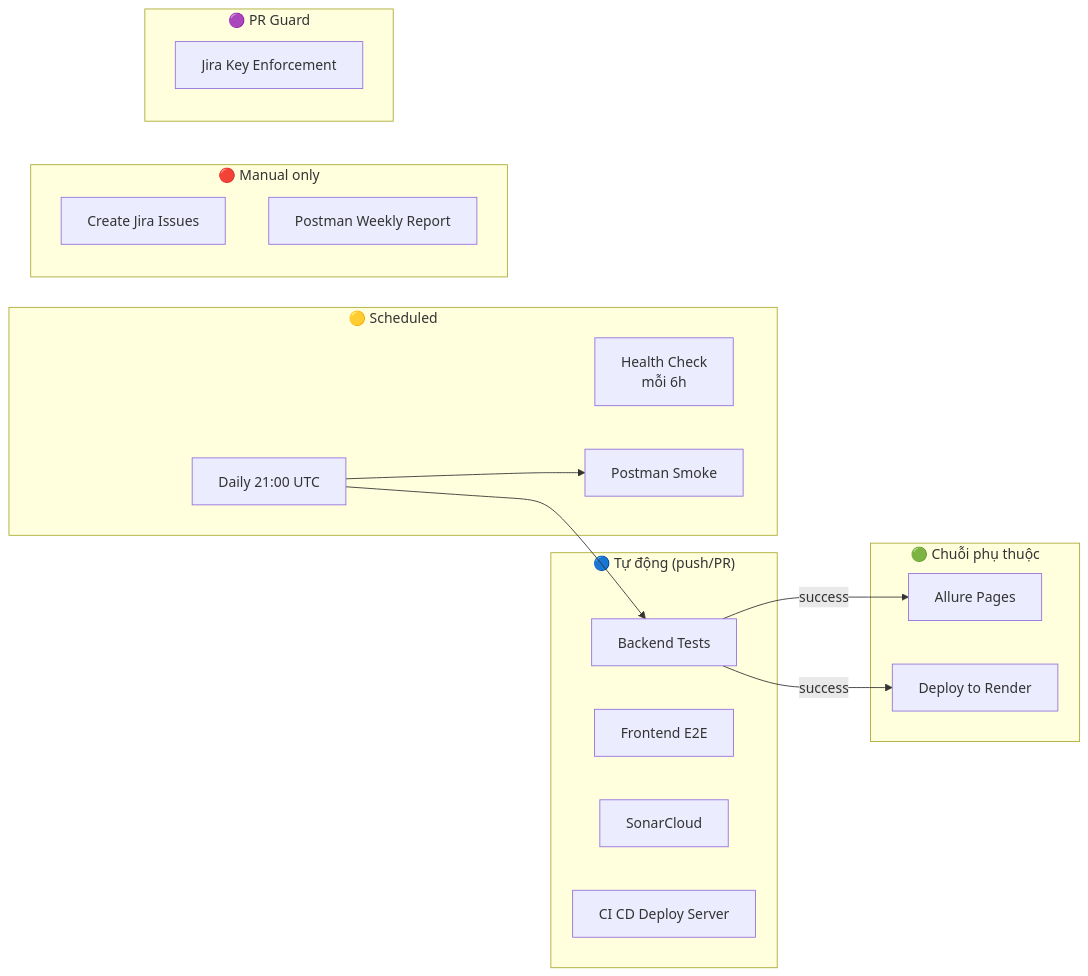
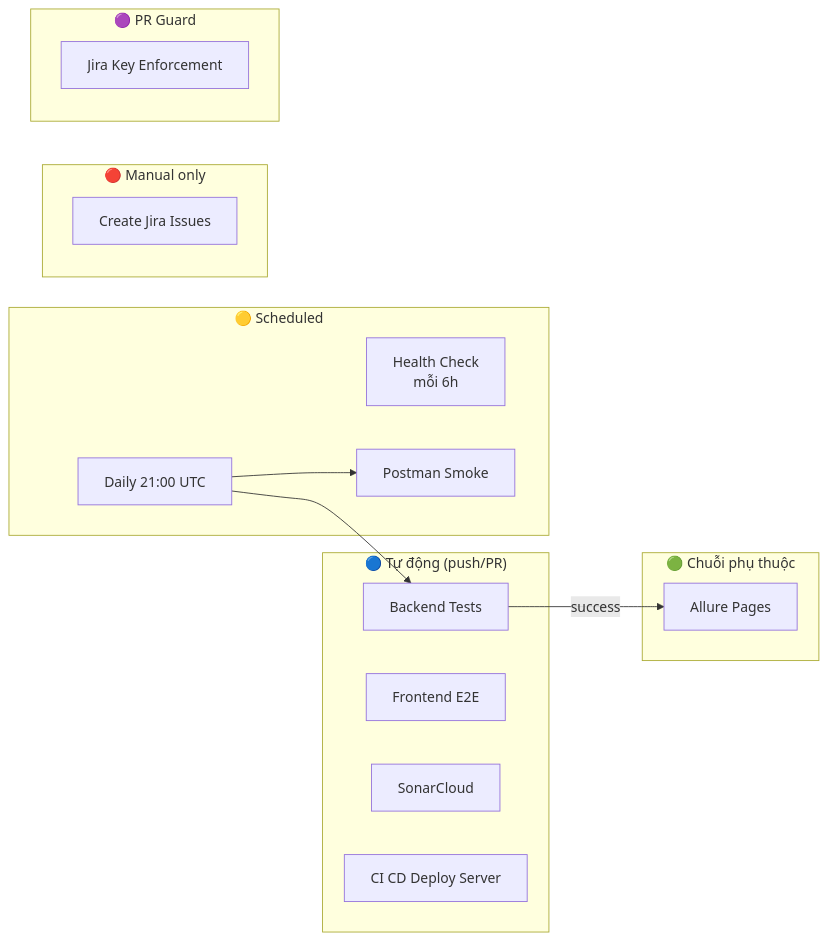
Before and after one commit to chi-trung/KCPM: the fifth of 7 diagrams in docs/DEPLOYMENT_GUIDE.md, drawn with Mermaid. The commit also changed other lines of this file and 13 other files, not shown here.

````diff
--- a/docs/DEPLOYMENT_GUIDE.md
+++ b/docs/DEPLOYMENT_GUIDE.md
@@ -362,30 +362,28 @@
 ```mermaid
 graph LR
     subgraph "🔵 Tự động (push/PR)"
         BT["Backend Tests"]
         FE2E["Frontend E2E"]
         SC["SonarCloud"]
         DS["CI CD Deploy Server"]
     end
 
     subgraph "🟢 Chuỗi phụ thuộc"
         BT -->|success| ALP["Allure Pages"]
-        BT -->|success| DR["Deploy to Render"]
     end
 
     subgraph "🟡 Scheduled"
         HC["Health Check<br>mỗi 6h"]
         DAILY["Daily 21:00 UTC"]
         DAILY --> BT
         DAILY --> PS["Postman Smoke"]
     end
 
     subgraph "🔴 Manual only"
         CJI["Create Jira Issues"]
-        PWR["Postman Weekly Report"]
     end
 
     subgraph "🟣 PR Guard"
         JKE["Jira Key Enforcement"]
     end
 ```
````
